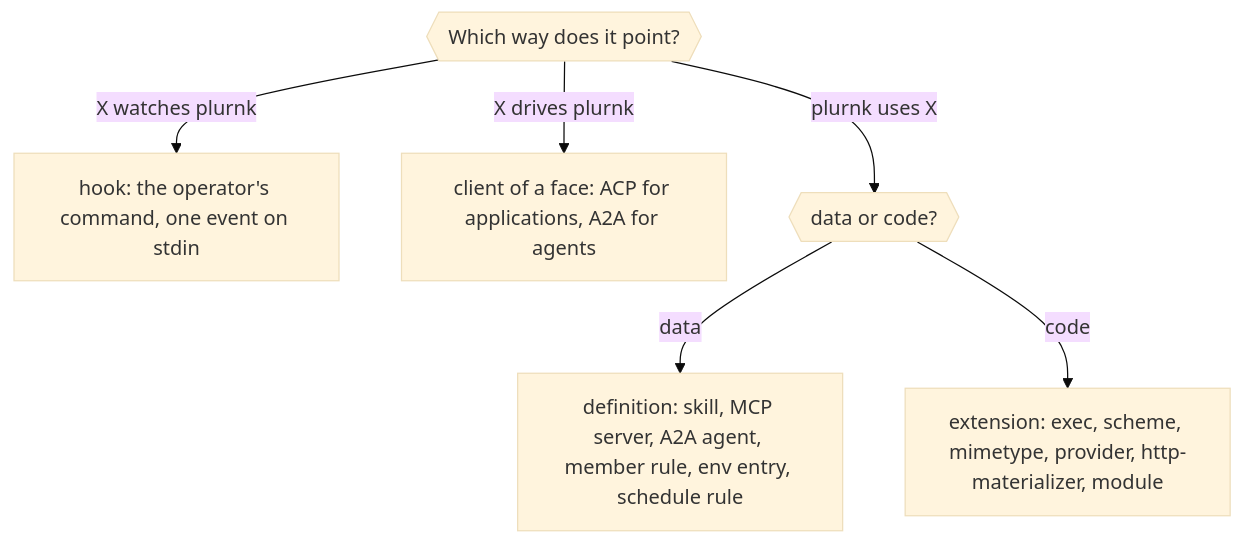
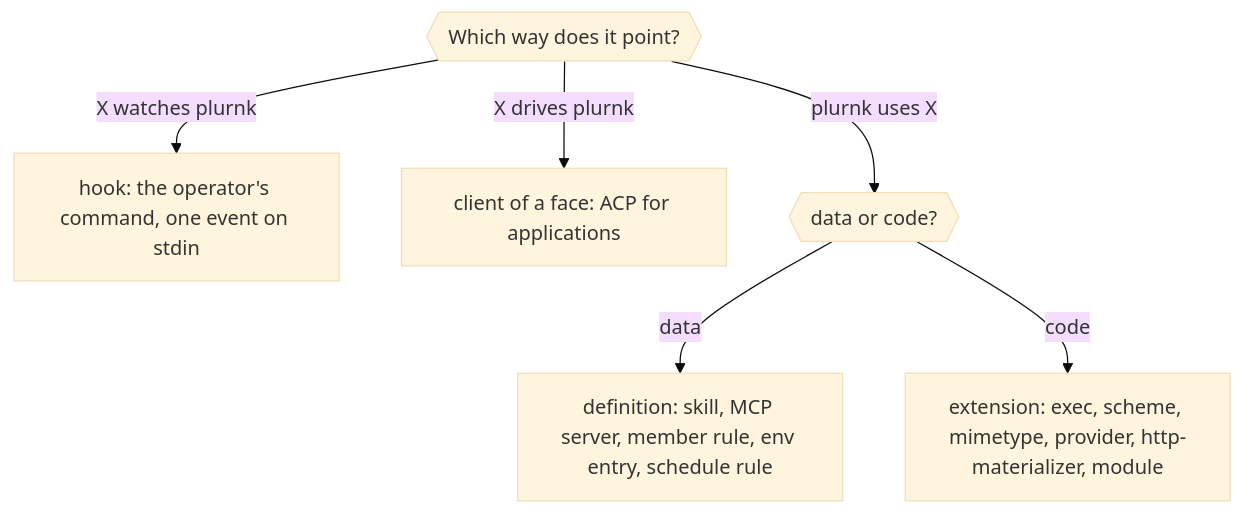
The third of 5 diagrams in ARCHITECTURE.md (plurnk/plurnk-service), drawn with Mermaid (base theme) before and after one commit. The commit also changed other lines of this file and 126 other files, not shown here.

````diff
--- a/ARCHITECTURE.md
+++ b/ARCHITECTURE.md
@@ -154,9 +150,9 @@
 ```mermaid
 flowchart TD
     Q{{"Which way does it point?"}}
     Q -->|"X watches plurnk"| H["hook: the operator's command, one event on stdin"]
-    Q -->|"X drives plurnk"| F["client of a face: ACP for applications, A2A for agents"]
+    Q -->|"X drives plurnk"| F["client of a face: ACP for applications"]
     Q -->|"plurnk uses X"| U{{"data or code?"}}
-    U -->|data| D["definition: skill, MCP server, A2A agent, member rule, env entry, schedule rule"]
+    U -->|data| D["definition: skill, MCP server, member rule, env entry, schedule rule"]
     U -->|code| E["extension: exec, scheme, mimetype, provider, http-materializer, module"]
 ```
````
